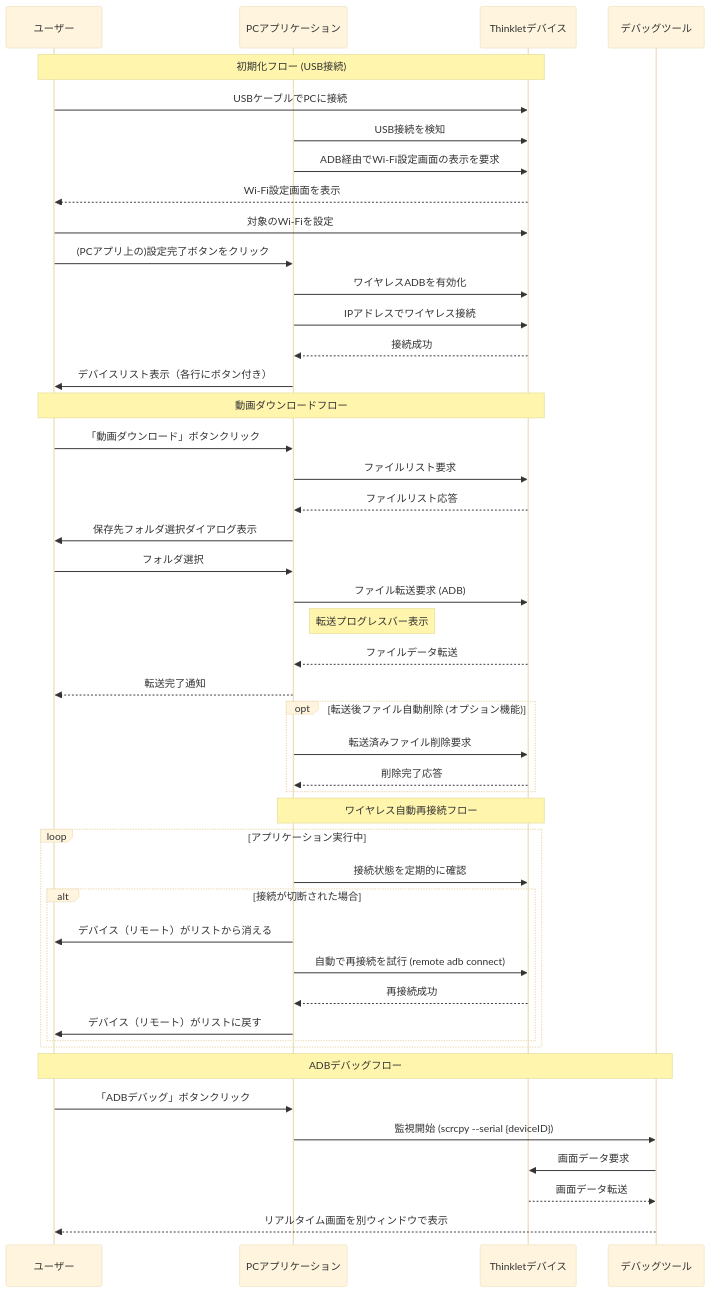
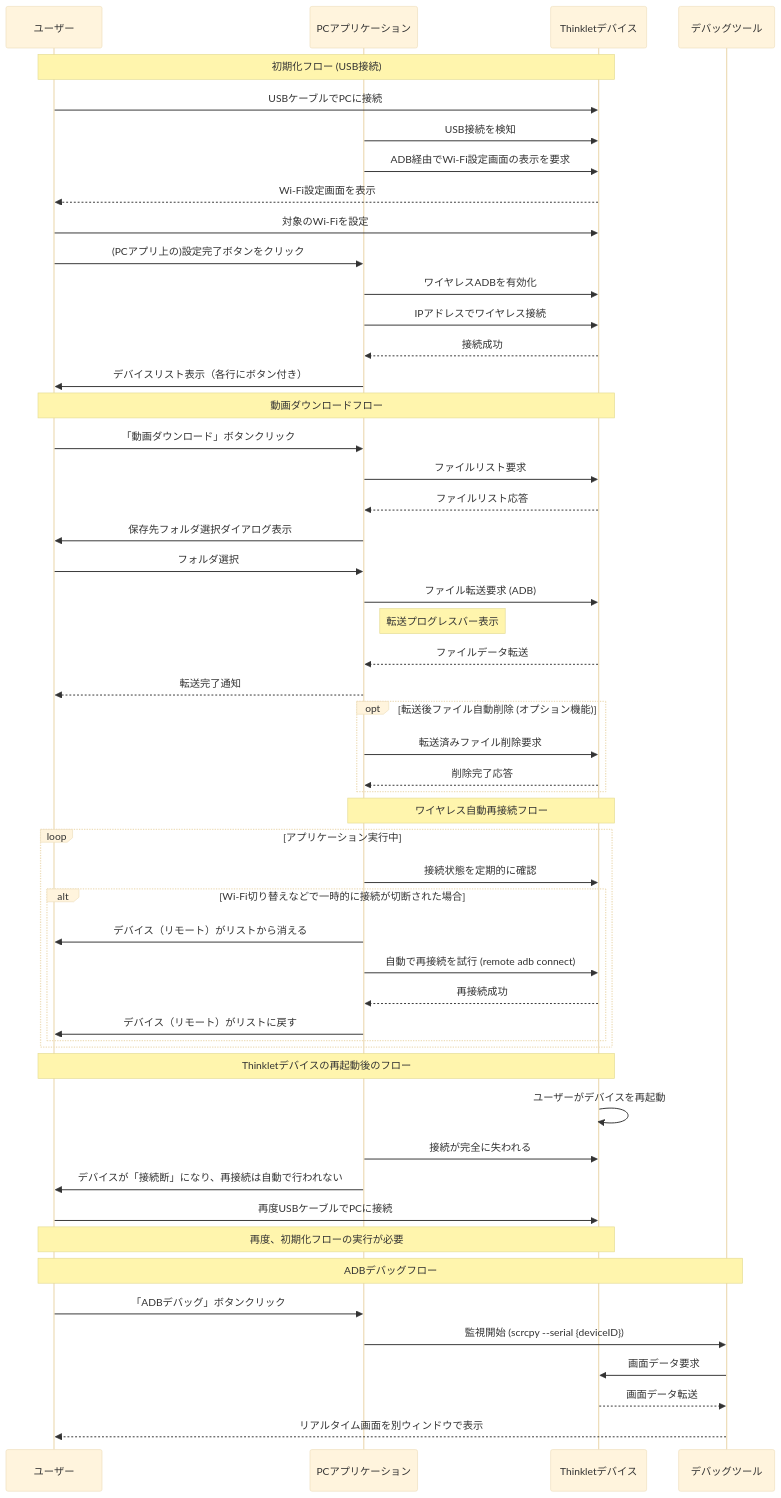
Before and after one commit to yyren7/thinklet.fivechannel.video.recorder: the diagram in docs/pc_spec.md, drawn with Mermaid (base theme). The commit also changed other lines of this file and 1 other file, not shown here.

Commit message:
更新Android和PC规格文档，增加多个功能的优先级标记，详细描述了摄像头实时流功能及其与录制控制的联动，优化了设备管理和数据传输功能的处理流程，确保文档内容更清晰易懂。

````diff
--- a/docs/pc_spec.md
+++ b/docs/pc_spec.md
@@ -111,53 +118,60 @@
 ```mermaid
 sequenceDiagram
     participant User as ユーザー
     participant App as PCアプリケーション
     participant Device as Thinkletデバイス
 
     Note over User, Device: 初期化フロー (USB接続)
     User->>Device: USBケーブルでPCに接続
     App->>Device: USB接続を検知
     App->>Device: ADB経由でWi-Fi設定画面の表示を要求
     Device-->>User: Wi-Fi設定画面を表示
     User->>Device: 対象のWi-Fiを設定
     User->>App: (PCアプリ上の)設定完了ボタンをクリック
     App->>Device: ワイヤレスADBを有効化
     App->>Device: IPアドレスでワイヤレス接続
     Device-->>App: 接続成功
     App->>User: デバイスリスト表示（各行にボタン付き）
     
     Note over User, Device: 動画ダウンロードフロー
     User->>App: 「動画ダウンロード」ボタンクリック
     App->>Device: ファイルリスト要求
     Device-->>App: ファイルリスト応答
     App->>User: 保存先フォルダ選択ダイアログ表示
     User->>App: フォルダ選択
     App->>Device: ファイル転送要求 (ADB)
     Note right of App: 転送プログレスバー表示
     Device-->>App: ファイルデータ転送
     App-->>User: 転送完了通知
     
     opt 転送後ファイル自動削除 (オプション機能)
         App->>Device: 転送済みファイル削除要求
         Device-->>App: 削除完了応答
     end
 
     Note over App, Device: ワイヤレス自動再接続フロー
     loop アプリケーション実行中
         App->>Device: 接続状態を定期的に確認
-        alt 接続が切断された場合
+        alt Wi-Fi切り替えなどで一時的に接続が切断された場合
             App->>User: デバイス（リモート）がリストから消える
             App->>Device: 自動で再接続を試行 (remote adb connect)
             Device-->>App: 再接続成功
             App->>User: デバイス（リモート）がリストに戻す
         end
     end
+
+    Note over User, Device: Thinkletデバイスの再起動後のフロー
+    Device->>Device: ユーザーがデバイスを再起動
+    App->>Device: 接続が完全に失われる
+    App->>User: デバイスが「接続断」になり、再接続は自動で行われない
+    User->>Device: 再度USBケーブルでPCに接続
+    Note over User, Device: 再度、初期化フローの実行が必要
 
     participant Scrcpy as デバッグツール
     Note over User, Scrcpy: ADBデバッグフロー
     User->>App: 「ADBデバッグ」ボタンクリック
     App->>Scrcpy: 監視開始 (scrcpy --serial {deviceID})
     Scrcpy->>Device: 画面データ要求
     Device-->>Scrcpy: 画面データ転送
     Scrcpy-->>User: リアルタイム画面を別ウィンドウで表示
 ```
````
